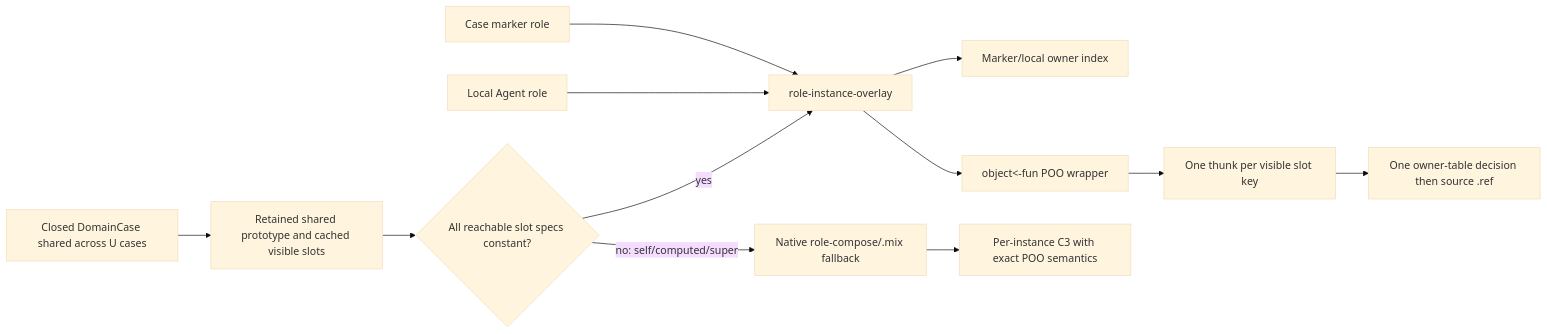
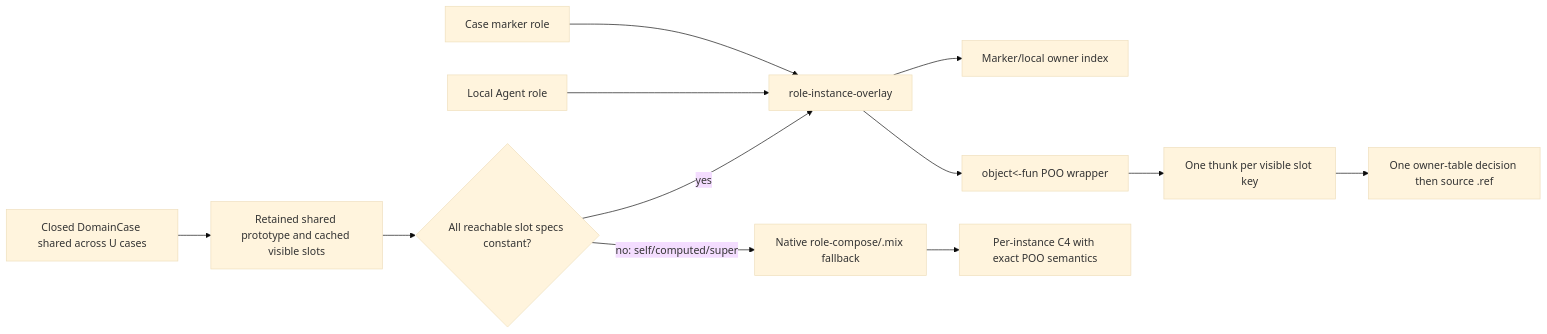
Before and after one commit to tao3k/poo-flow: the sixth of 6 diagrams in docs/10-19-design/10.06-poo-module-system/135-qualification-poo-capability-composition.org, drawn with Mermaid (base theme). The commit also changed other lines of this file and 514 other files, not shown here.

```diff
--- a/docs/10-19-design/10.06-poo-module-system/135-qualification-poo-capability-composition.org
+++ b/docs/10-19-design/10.06-poo-module-system/135-qualification-poo-capability-composition.org
@@ -541,14 +541,14 @@
 #+begin_src mermaid
 flowchart LR
     DC["Closed DomainCase shared across U cases"] --> SP["Retained shared prototype and cached visible slots"]
     SP --> SAFE{"All reachable slot specs constant?"}
     MK["Case marker role"] --> FAST["role-instance-overlay"]
     LR["Local Agent role"] --> FAST
     SAFE -->|"yes"| FAST
     FAST --> IDX["Marker/local owner index"]
     FAST --> WRAP["object<-fun POO wrapper"]
     WRAP --> THUNK["One thunk per visible slot key"]
     THUNK --> LOOKUP["One owner-table decision then source .ref"]
     SAFE -->|"no: self/computed/super"| MIX["Native role-compose/.mix fallback"]
-    MIX --> C3["Per-instance C3 with exact POO semantics"]
+    MIX --> C4["Per-instance C4 with exact POO semantics"]
 #+end_src
```
